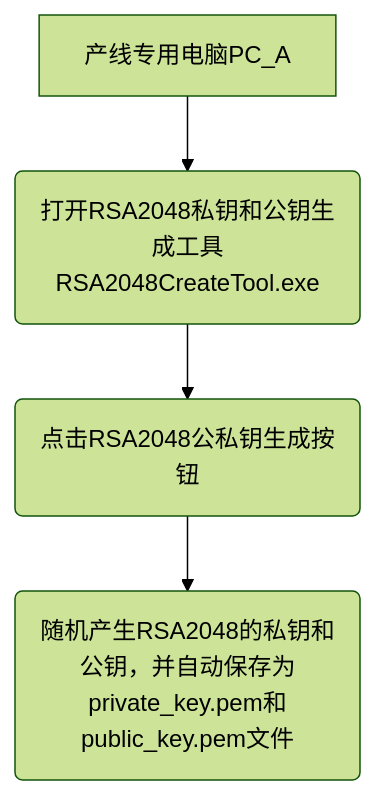
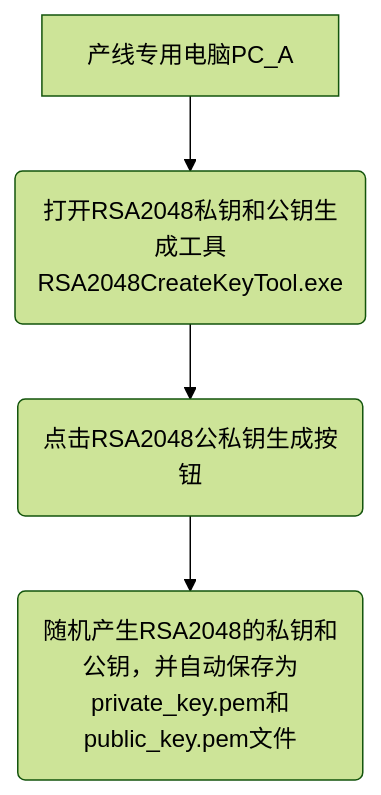
One commit to facebook-cloud/iodraw-files changed the diagram in all/未命名-10.md. Above: the diagram before and after it, drawn with Mermaid (forest theme).

Commit message:
2026-01-06 20:30:28 update

````diff
--- a/all/未命名-10.md
+++ b/all/未命名-10.md
@@ -1,6 +1,6 @@
 ```mermaid
 graph TD
-    A[产线专用电脑PC_A] --> B(打开RSA2048私钥和公钥生成工具RSA2048CreateTool.exe)
-    B --> C( 点击RSA2048公私钥生成按钮)
+    A[产线专用电脑PC_A] --> B(打开RSA2048私钥和公钥生成工具RSA2048CreateKeyTool.exe)
+    B --> C(点击RSA2048公私钥生成按钮)
     C --> F(随机产生RSA2048的私钥和公钥，并自动保存为private_key.pem和public_key.pem文件)
 ```
````
